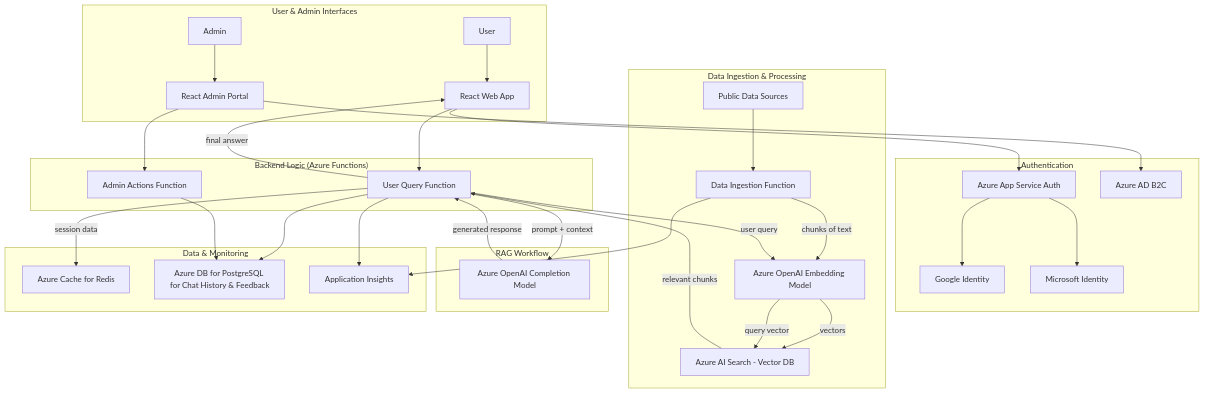
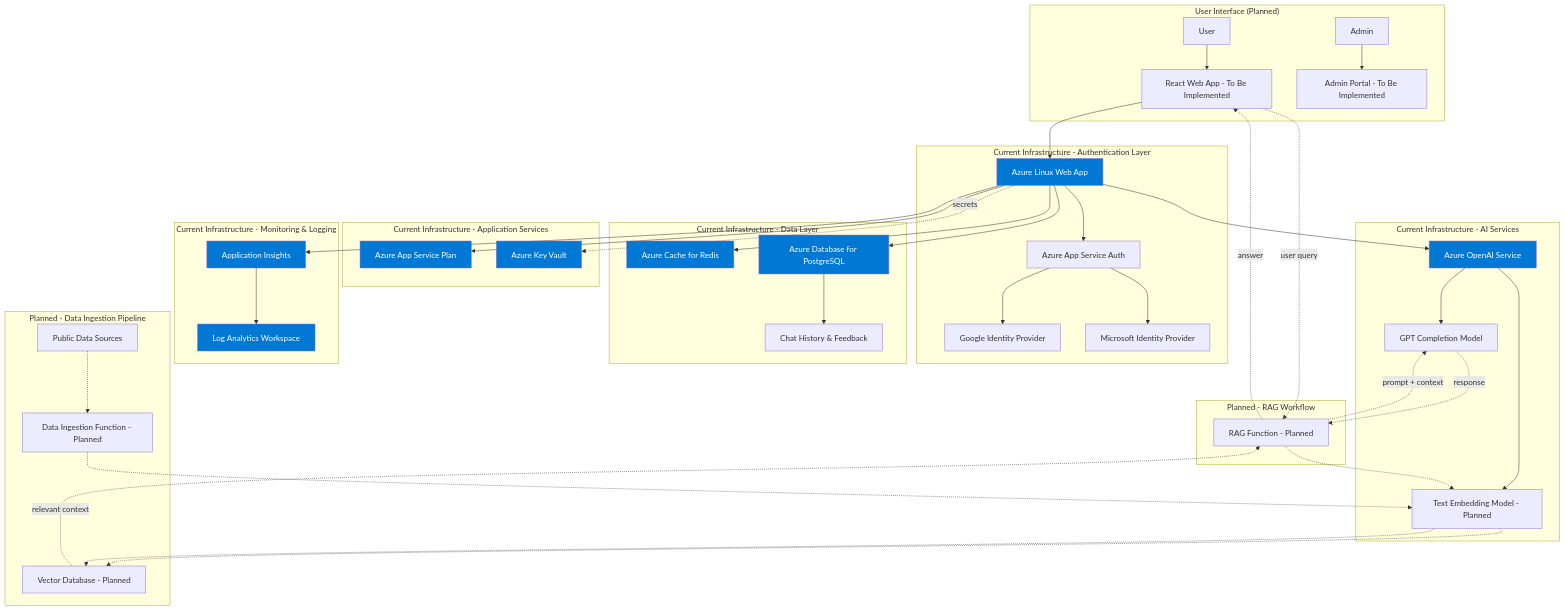
The diagram in README.md (fpittelo/alpinebot), drawn with Mermaid before and after one commit. The commit also changed other lines of this file and 4 other files, not shown here.

````diff
--- a/README.md
+++ b/README.md
@@ -54,42 +63,61 @@
 ```mermaid
 graph TD
-    subgraph "User & Admin Interfaces"
-        User[User] --> Frontend[React Web App];
-        Admin[Admin] --> AdminPortal[React Admin Portal];
+    subgraph "User Interface (Planned)"
+        User[User] --> Frontend[React Web App - To Be Implemented];
+        Admin[Admin] --> AdminPortal[Admin Portal - To Be Implemented];
     end
 
-    subgraph "Authentication"
-        Frontend --> Auth[Azure App Service Auth];
-        Auth --> Google[Google Identity];
-        Auth --> Microsoft[Microsoft Identity];
-        AdminPortal --> AdminAuth[Azure AD B2C];
+    subgraph "Current Infrastructure - Authentication Layer"
+        Frontend --> WebApp[Azure Linux Web App];
+        WebApp --> Auth[Azure App Service Auth];
+        Auth --> Google[Google Identity Provider];
+        Auth --> Microsoft[Microsoft Identity Provider];
     end
 
-    subgraph "Backend Logic (Azure Functions)"
-        Frontend --> Backend_User_Query[User Query Function];
-        AdminPortal --> Backend_Admin_Actions[Admin Actions Function];
+    subgraph "Current Infrastructure - Application Services"
+        WebApp --> AppPlan[Azure App Service Plan];
+        WebApp -.secrets.-> KeyVault[Azure Key Vault];
     end
 
-    subgraph "Data Ingestion & Processing"
-        PublicData[Public Data Sources] --> Ingestion_Func[Data Ingestion Function];
-        Ingestion_Func -- chunks of text --> Embedding_Model[Azure OpenAI Embedding Model];
-        Embedding_Model -- vectors --> VectorDB[Azure AI Search - Vector DB];
+    subgraph "Current Infrastructure - AI Services"
+        WebApp --> OpenAI[Azure OpenAI Service];
+        OpenAI --> CompletionModel[GPT Completion Model];
+        OpenAI --> EmbeddingModel[Text Embedding Model - Planned];
     end
 
-    subgraph "RAG Workflow"
-        Backend_User_Query -- user query --> Embedding_Model;
-        Embedding_Model -- query vector --> VectorDB;
-        VectorDB -- relevant chunks --> Backend_User_Query;
-        Backend_User_Query -- prompt + context --> OpenAI_Completion[Azure OpenAI Completion Model];
-        OpenAI_Completion -- generated response --> Backend_User_Query;
-        Backend_User_Query -- final answer --> Frontend;
+    subgraph "Current Infrastructure - Data Layer"
+        WebApp --> Redis[Azure Cache for Redis];
+        WebApp --> PostgreSQL[Azure Database for PostgreSQL];
+        PostgreSQL --> ChatHistory[Chat History & Feedback];
     end
 
-    subgraph "Data & Monitoring"
-        Backend_User_Query -- session data --> Redis[Azure Cache for Redis];
-        Backend_User_Query --> PostgreSQL[Azure DB for PostgreSQL for Chat History & Feedback];
-        Backend_Admin_Actions --> PostgreSQL;
-        Backend_User_Query --> AppInsights[Application Insights];
-        Ingestion_Func --> AppInsights;
+    subgraph "Current Infrastructure - Monitoring & Logging"
+        WebApp --> AppInsights[Application Insights];
+        AppInsights --> LogAnalytics[Log Analytics Workspace];
     end
+
+    subgraph "Planned - Data Ingestion Pipeline"
+        DataSources[Public Data Sources] -.-> IngestionFunc[Data Ingestion Function - Planned];
+        IngestionFunc -.-> EmbeddingModel;
+        EmbeddingModel -.-> VectorDB[Vector Database - Planned];
+    end
+
+    subgraph "Planned - RAG Workflow"
+        Frontend -.user query.-> RAGFunc[RAG Function - Planned];
+        RAGFunc -.-> EmbeddingModel;
+        EmbeddingModel -.-> VectorDB;
+        VectorDB -.relevant context.-> RAGFunc;
+        RAGFunc -.prompt + context.-> CompletionModel;
+        CompletionModel -.response.-> RAGFunc;
+        RAGFunc -.answer.-> Frontend;
+    end
+
+    style WebApp fill:#0078d4,color:#fff
+    style OpenAI fill:#0078d4,color:#fff
+    style Redis fill:#0078d4,color:#fff
+    style PostgreSQL fill:#0078d4,color:#fff
+    style KeyVault fill:#0078d4,color:#fff
+    style AppInsights fill:#0078d4,color:#fff
+    style LogAnalytics fill:#0078d4,color:#fff
+    style AppPlan fill:#0078d4,color:#fff
 ```
````
